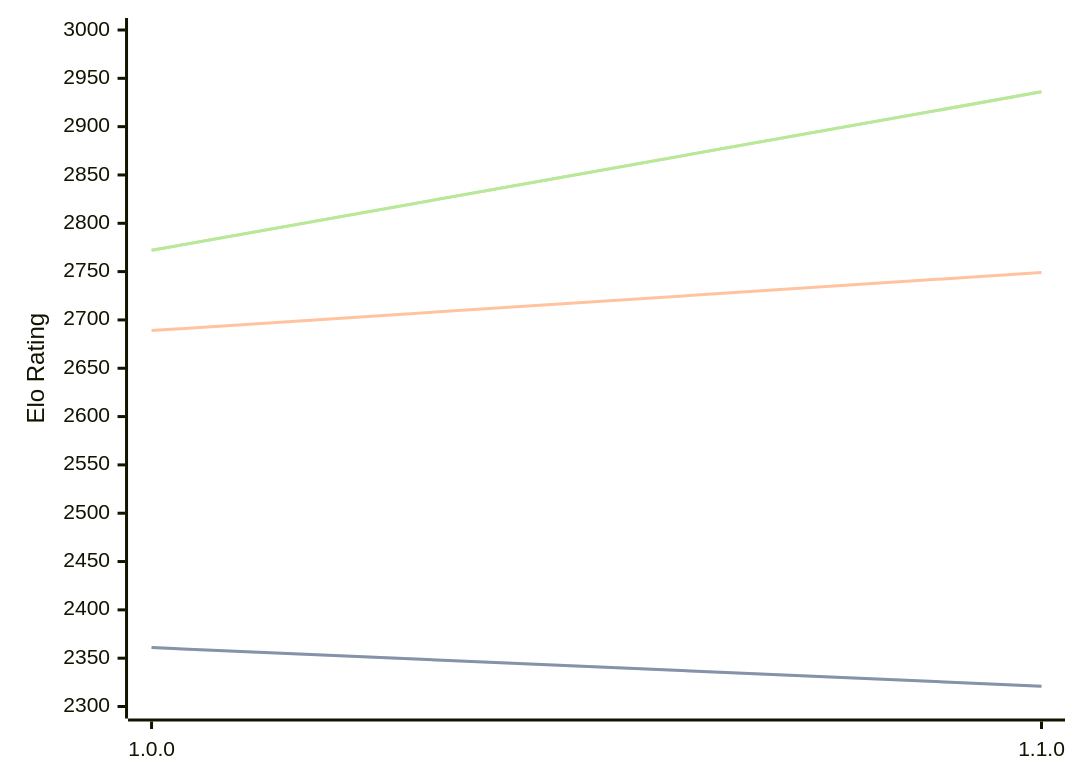
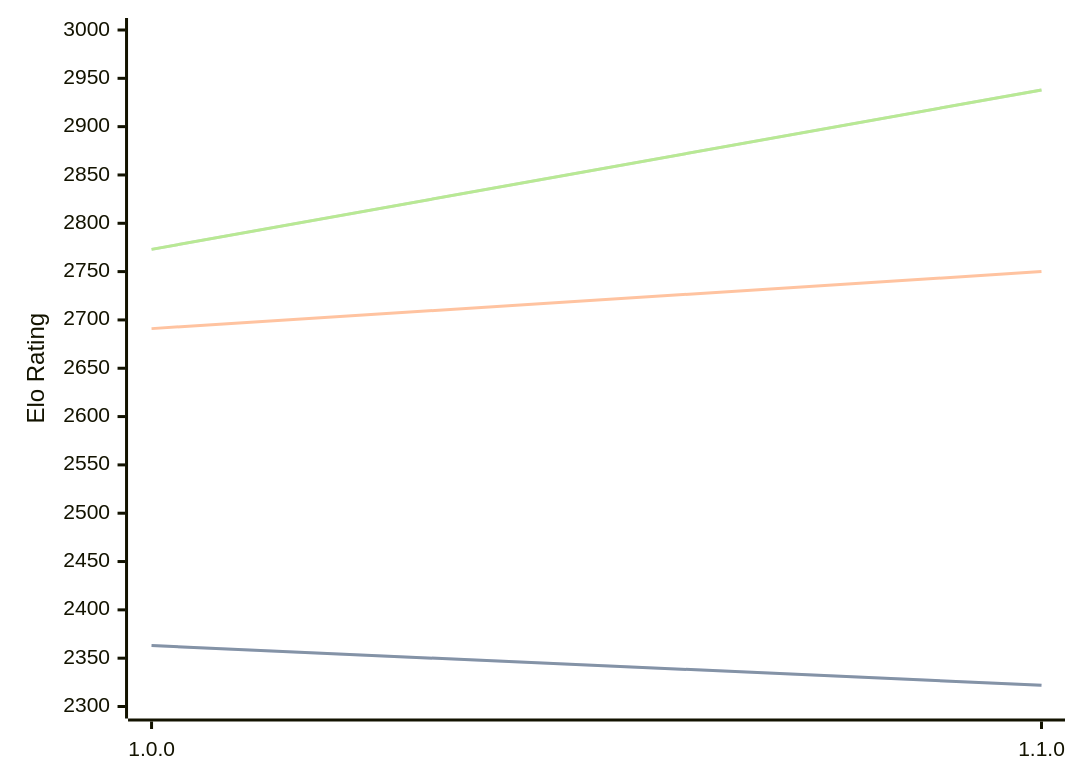
Before and after one commit to computer-chess-index/cci: the diagram in engines/ShallowGuess.md, drawn with Mermaid. The commit also changed other lines of this file, not shown here.

Commit message:
Update CCI Ratings (ELO VLTC) - 2026-04-11

````diff
--- a/engines/ShallowGuess.md
+++ b/engines/ShallowGuess.md
@@ -36,11 +36,11 @@
 ```mermaid
 %%{init: {"theme":"base","themeVariables":{"seriesColors:['#a3a3a3','#222221','#faa371']}}}%%
 xychart-beta
   x-axis ["1.0.0", "1.1.0"]
   y-axis "Elo Rating" 2300 --> 3000
-  line "STC (8.0+0.08s)" [2361, 2321]
-  line "STC (8.0+0.08s)" [2361, 2321]
-  line "LTC (60.0+0.60s)" [2689, 2749]
-  line "VLTC (2m24s+1.12s)" [2772, 2936]
-  line "VLTC (2m24s+1.12s)" [2772, 2936]
+  line "STC (8.0+0.08s)" [2363, 2322]
+  line "STC (8.0+0.08s)" [2363, 2322]
+  line "LTC (60.0+0.60s)" [2691, 2750]
+  line "VLTC (2m24s+1.12s)" [2773, 2938]
+  line "VLTC (2m24s+1.12s)" [2773, 2938]
 ```
````
